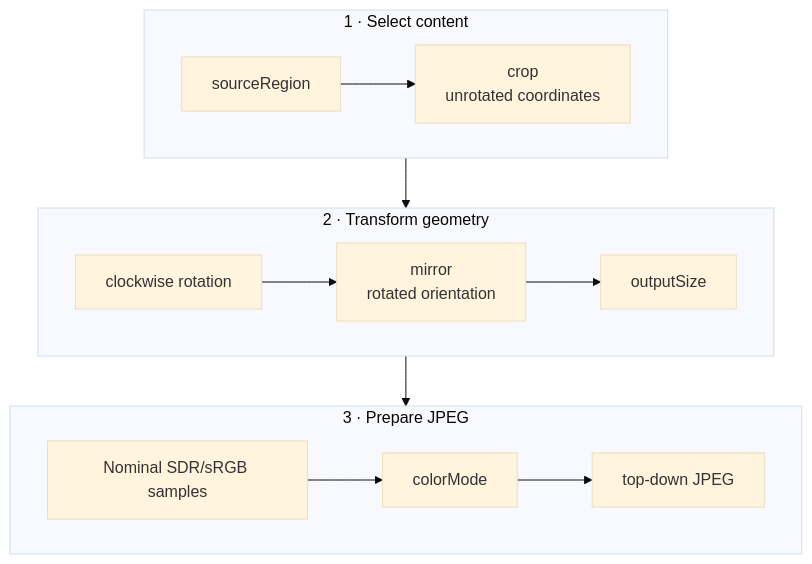
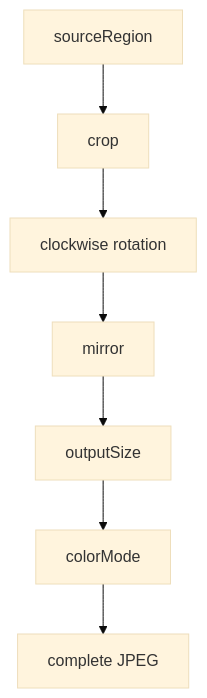
One commit to dkrivoruchko/ScreenStream changed the diagram in screen-capture-engine/docs/usage.md. Above: the diagram before and after it, drawn with Mermaid (base theme). The commit also changed other lines of this file and 149 other files, not shown here.

````diff
--- a/screen-capture-engine/docs/usage.md
+++ b/screen-capture-engine/docs/usage.md
@@ -296,20 +327,9 @@
 ```mermaid
-flowchart TB
-    subgraph Select["1 · Select content"]
-        direction LR
-        Source["sourceRegion"] --> Crop["crop<br/>unrotated coordinates"]
-    end
-
-    subgraph Transform["2 · Transform geometry"]
-        direction LR
-        Rotate["clockwise rotation"] --> Mirror["mirror<br/>rotated orientation"] --> Size["outputSize"]
-    end
-
-    subgraph Prepare["3 · Prepare JPEG"]
-        direction LR
-        SDR["Nominal SDR/sRGB samples"] --> Color["colorMode"] --> JPEG["top-down JPEG"]
-    end
-
-    Crop --> Rotate
-    Size --> SDR
+flowchart TD
+    Region[sourceRegion] --> Crop[crop]
+    Crop --> Rotate[clockwise rotation]
+    Rotate --> Mirror[mirror]
+    Mirror --> Size[outputSize]
+    Size --> Color[colorMode]
+    Color --> JPEG[complete JPEG]
 ```
````
